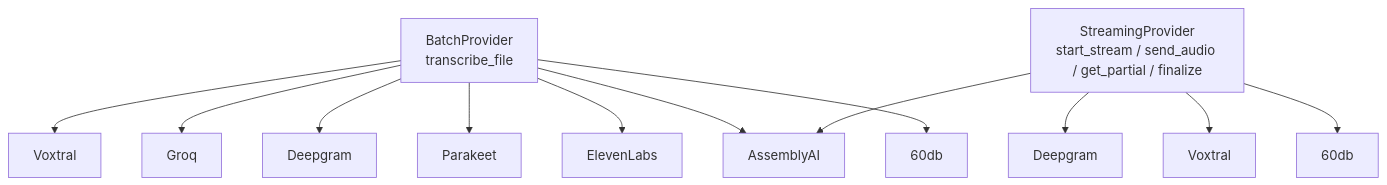
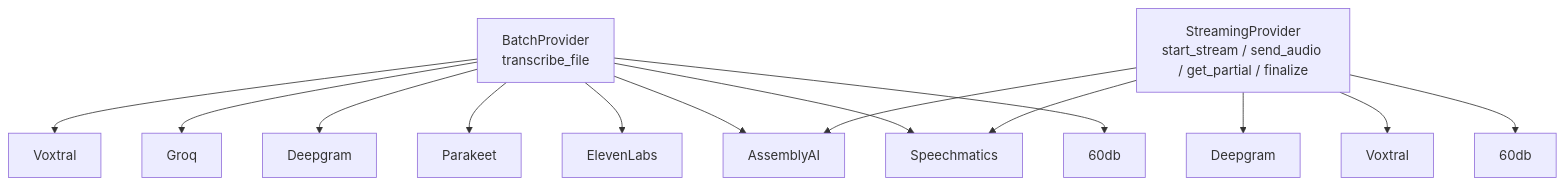
The third of 3 diagrams in docs/architecture.md (happytomatoe/fedora-speech-to-text), drawn with Mermaid before and after one commit. The commit also changed other lines of this file and 14 other files, not shown here.

````diff
--- a/docs/architecture.md
+++ b/docs/architecture.md
@@ -164,19 +164,21 @@
 ```mermaid
 graph TB
     BP[BatchProvider<br/>transcribe_file]
 
     BP --> Voxtral
     BP --> Groq
     BP --> Deepgram
     BP --> Parakeet
     BP --> ElevenLabs
     BP --> AssemblyAI
+    BP --> Speechmatics
     BP --> 60db
 
     SP[StreamingProvider<br/>start_stream / send_audio / get_partial / finalize]
 
     SP --> DeepgramS[Deepgram]
     SP --> VoxtralS[Voxtral]
     SP --> AssemblyAI
+    SP --> Speechmatics
     SP --> 60dbS[60db]
 ```
````
